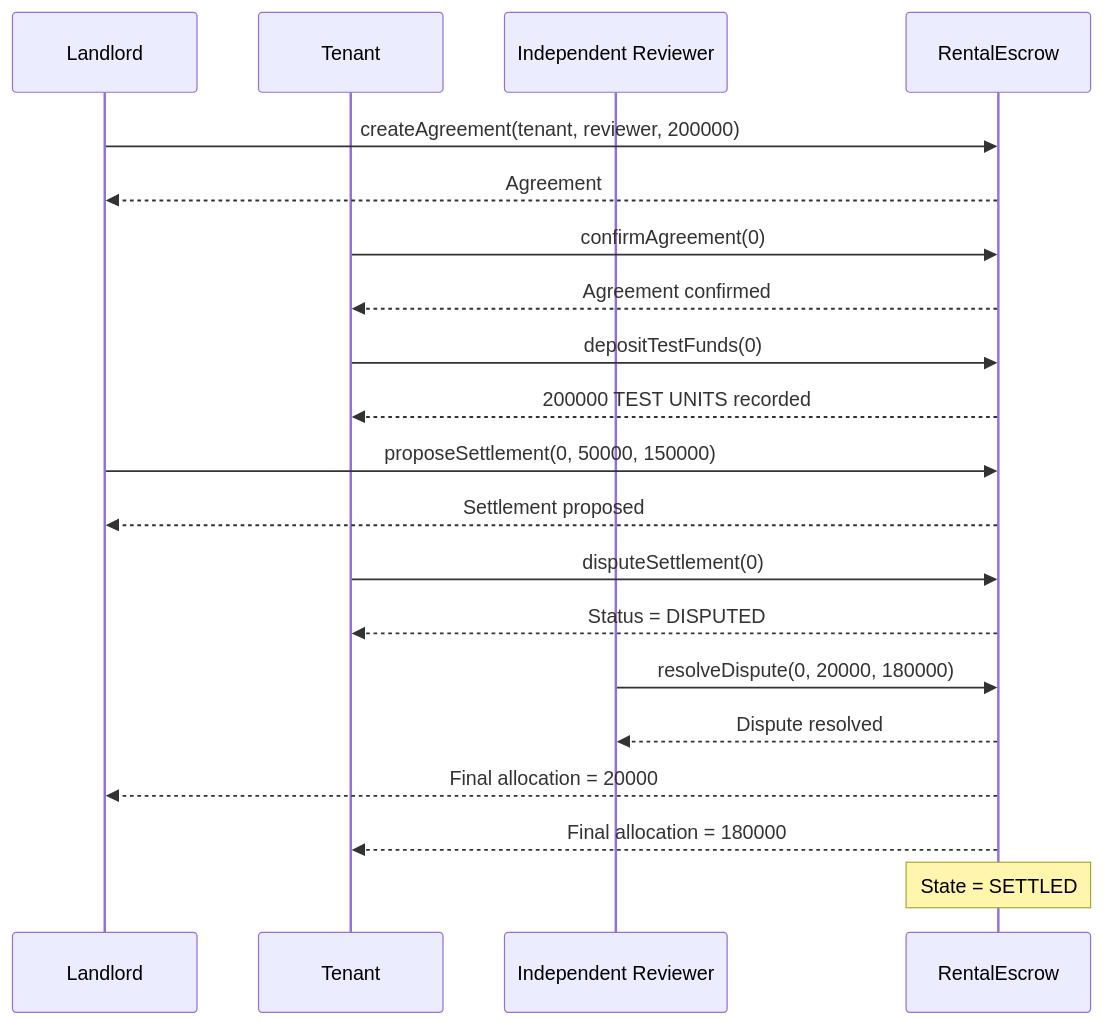
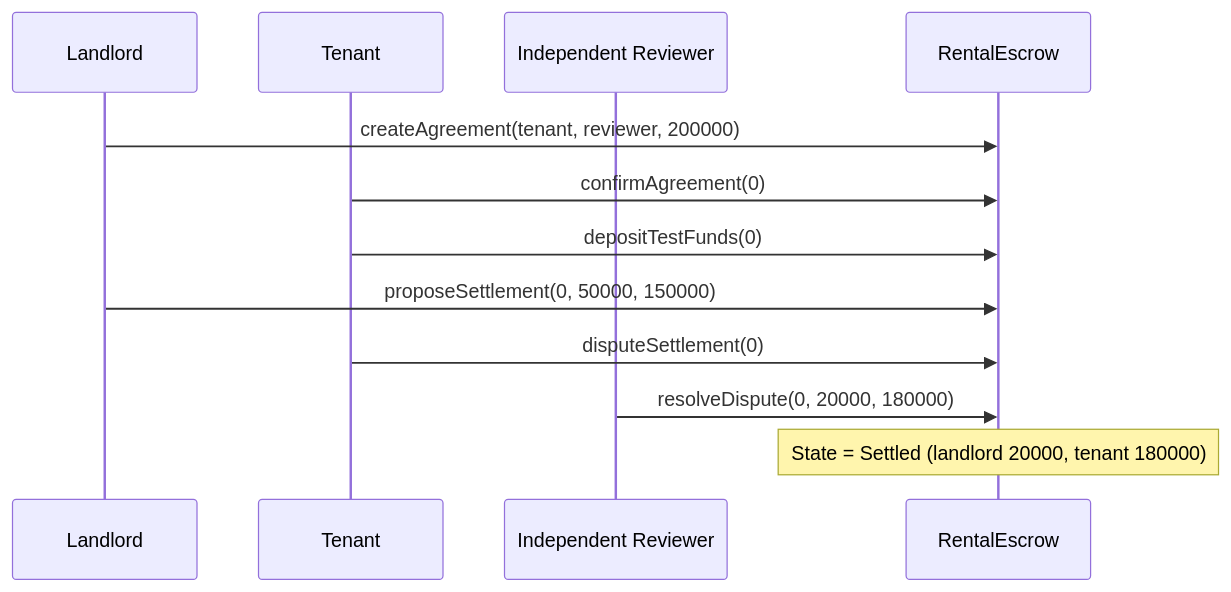
The diagram in README.md (korkem07/RentProp-Prototype), drawn with Mermaid before and after one commit. The commit also changed other lines of this file, not shown here.

````diff
--- a/README.md
+++ b/README.md
@@ -31,30 +38,15 @@
 ```mermaid
 sequenceDiagram
     participant Landlord
     participant Tenant
     participant Reviewer as Independent Reviewer
     participant Escrow as RentalEscrow
 
     Landlord->>Escrow: createAgreement(tenant, reviewer, 200000)
-    Escrow-->>Landlord: Agreement #0 created
-
     Tenant->>Escrow: confirmAgreement(0)
-    Escrow-->>Tenant: Agreement confirmed
-
     Tenant->>Escrow: depositTestFunds(0)
-    Escrow-->>Tenant: 200000 TEST UNITS recorded
-
     Landlord->>Escrow: proposeSettlement(0, 50000, 150000)
-    Escrow-->>Landlord: Settlement proposed
-
     Tenant->>Escrow: disputeSettlement(0)
-    Escrow-->>Tenant: Status = DISPUTED
-
     Reviewer->>Escrow: resolveDispute(0, 20000, 180000)
-    Escrow-->>Reviewer: Dispute resolved
-
-    Escrow-->>Landlord: Final allocation = 20000
-    Escrow-->>Tenant: Final allocation = 180000
-
-    Note over Escrow: State = SETTLED
+    Note over Escrow: State = Settled (landlord 20000, tenant 180000)
 ```
````
